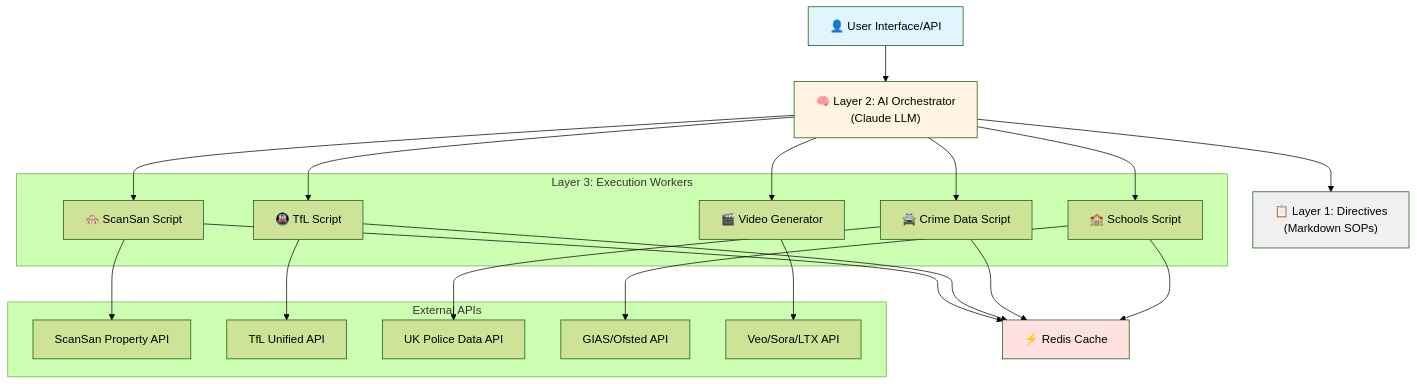
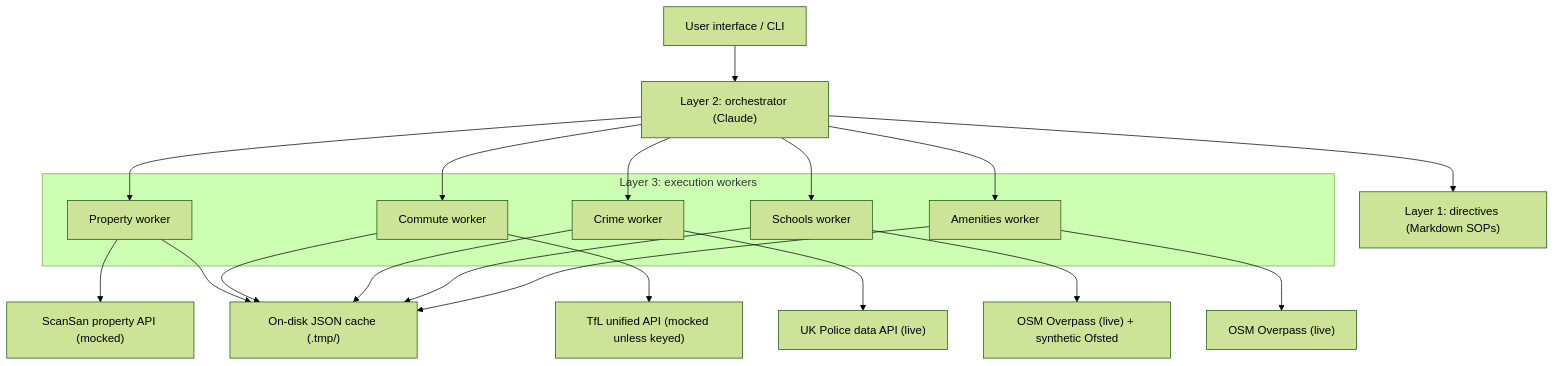
Before and after one commit to younis-y/RealTech-Hackathon: the diagram in README.md, drawn with Mermaid (forest theme). The commit also changed other lines of this file and 28 other files, not shown here.

First line of the commit message:
Correct README and directives against the implementation; fix amenity counter and cache keys

````diff
--- a/README.md
+++ b/README.md
@@ -60,42 +103,30 @@
 ```mermaid
 graph TB
-    User["👤 User Interface/API"] --> Orchestrator["🧠 Layer 2: AI Orchestrator<br/>(Claude LLM)"]
-    Orchestrator --> Directives["📋 Layer 1: Directives<br/>(Markdown SOPs)"]
-    Orchestrator --> ScanSan["🏘️ ScanSan Script"]
-    Orchestrator --> TfL["🚇 TfL Script"]
-    Orchestrator --> Crime["🚔 Crime Data Script"]
-    Orchestrator --> Schools["🏫 Schools Script"]
-    Orchestrator --> Video["🎬 Video Generator"]
-    
-    ScanSan --> ScanSanAPI["ScanSan Property API"]
-    TfL --> TfLAPI["TfL Unified API"]
-    Crime --> PoliceAPI["UK Police Data API"]
-    Schools --> GIAS["GIAS/Ofsted API"]
-    Video --> VideoAI["Veo/Sora/LTX API"]
-    
-    ScanSan --> Cache["⚡ Redis Cache"]
+    User["User interface / CLI"] --> Orchestrator["Layer 2: orchestrator (Claude)"]
+    Orchestrator --> Directives["Layer 1: directives (Markdown SOPs)"]
+    Orchestrator --> ScanSan["Property worker"]
+    Orchestrator --> TfL["Commute worker"]
+    Orchestrator --> Crime["Crime worker"]
+    Orchestrator --> Schools["Schools worker"]
+    Orchestrator --> Amenities["Amenities worker"]
+
+    ScanSan --> ScanSanAPI["ScanSan property API (mocked)"]
+    TfL --> TfLAPI["TfL unified API (mocked unless keyed)"]
+    Crime --> PoliceAPI["UK Police data API (live)"]
+    Schools --> OSM1["OSM Overpass (live) + synthetic Ofsted"]
+    Amenities --> OSM2["OSM Overpass (live)"]
+
+    ScanSan --> Cache["On-disk JSON cache (.tmp/)"]
     TfL --> Cache
     Crime --> Cache
     Schools --> Cache
-    
-    style User fill:#e1f5ff
-    style Orchestrator fill:#fff4e1
-    style Directives fill:#f0f0f0
-    style Cache fill:#ffe1e1
-    
-    subgraph "Layer 3: Execution Workers"
+    Amenities --> Cache
+
+    subgraph "Layer 3: execution workers"
         ScanSan
         TfL
         Crime
         Schools
-        Video
-    end
-    
-    subgraph "External APIs"
-        ScanSanAPI
-        TfLAPI
-        PoliceAPI
-        GIAS
-        VideoAI
+        Amenities
     end
 ```
````
